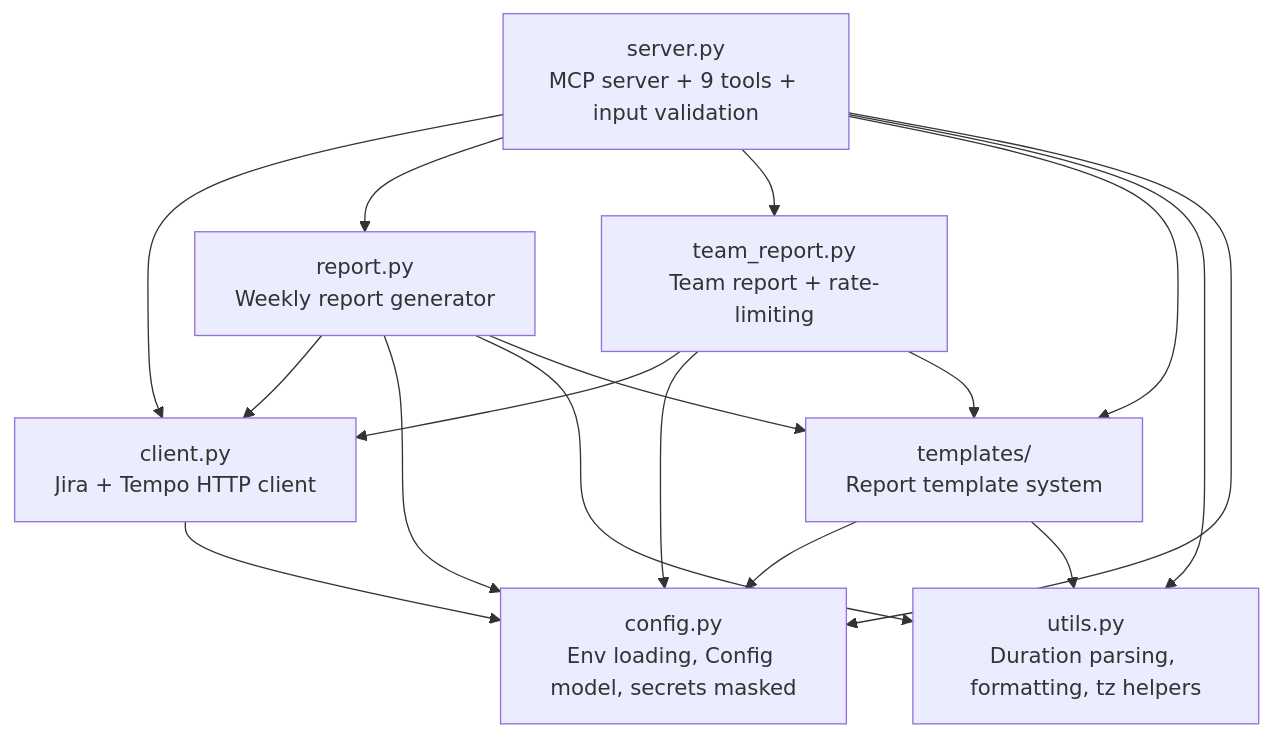
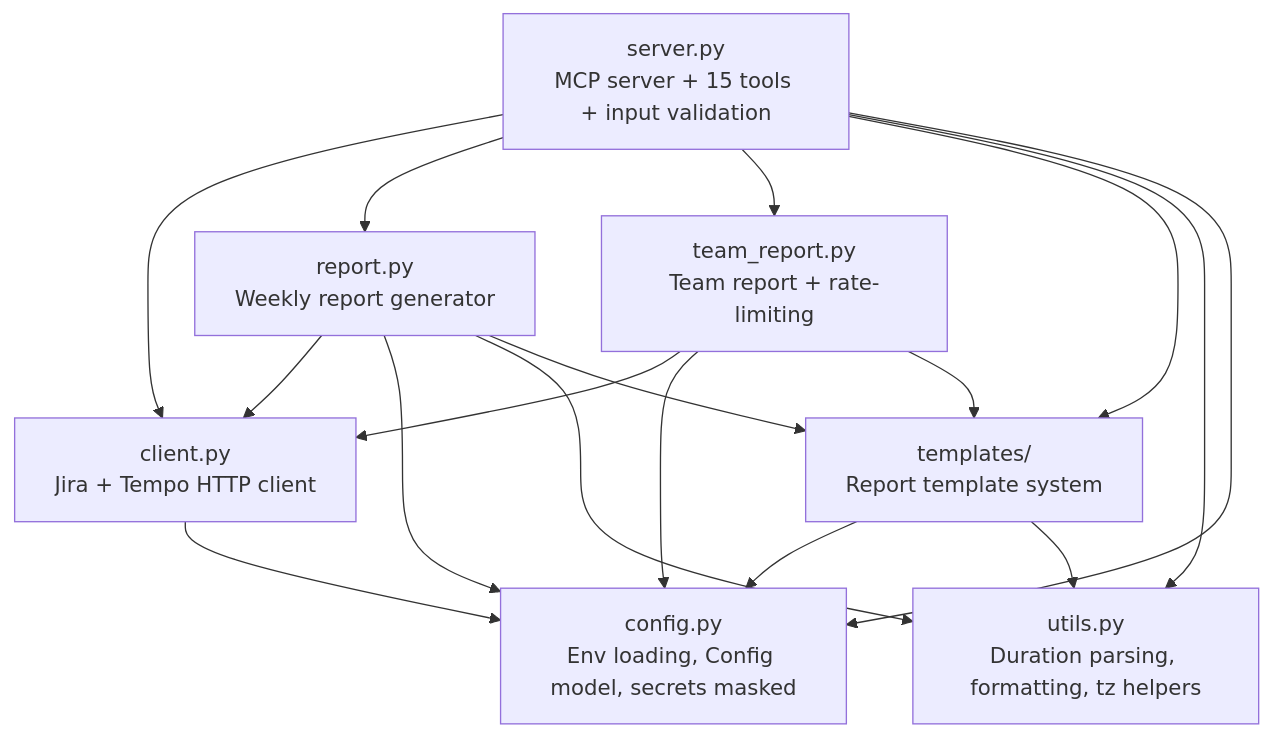
One commit to Korrnals/jira-tempo-mcp changed the first of 2 diagrams in docs/architecture.md. Above: the diagram before and after it, drawn with Mermaid. The commit also changed other lines of this file and 1 other file, not shown here.

First line of the commit message:
docs(architecture): update tool count 9→15, CI reference, testing table

````diff
--- a/docs/architecture.md
+++ b/docs/architecture.md
@@ -10,19 +10,19 @@
 ```mermaid
 flowchart TD
-    S[server.py<br/>MCP server + 9 tools + input validation] --> C[client.py<br/>Jira + Tempo HTTP client]
+    S[server.py<br/>MCP server + 15 tools + input validation] --> C[client.py<br/>Jira + Tempo HTTP client]
     S --> R[report.py<br/>Weekly report generator]
     S --> TR[team_report.py<br/>Team report + rate-limiting]
     S --> T[templates/<br/>Report template system]
     S --> U[utils.py<br/>Duration parsing, formatting, tz helpers]
     S --> CFG[config.py<br/>Env loading, Config model, secrets masked]
     C --> CFG
     R --> C
     R --> CFG
     R --> U
     R --> T
     TR --> C
     TR --> CFG
     TR --> T
     T --> CFG
     T --> U
 ```
````
